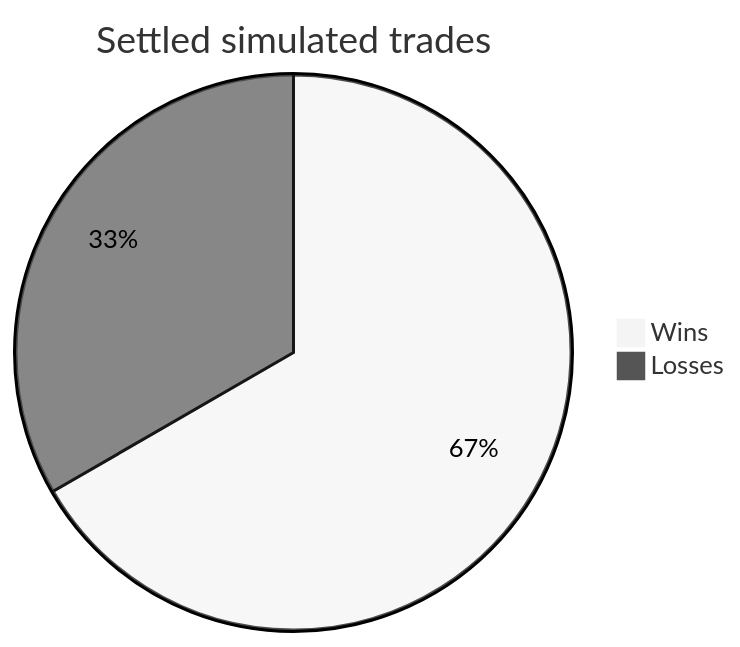
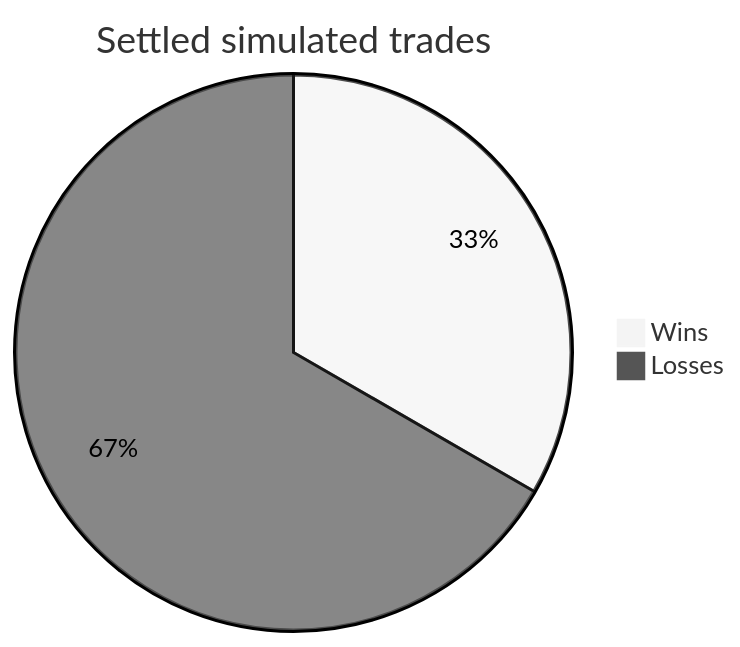
One commit to cheeseonamonkey/PaperLab changed the diagram in docs/bots/brti_distance.md. Above: the diagram before and after it, drawn with Mermaid (neutral theme). The commit also changed other lines of this file and 26 other files, not shown here.

````diff
--- a/docs/bots/brti_distance.md
+++ b/docs/bots/brti_distance.md
@@ -22,5 +22,5 @@
 ```mermaid
 pie title Settled simulated trades
-    "Wins" : 2
-    "Losses" : 1
+    "Wins" : 3
+    "Losses" : 6
 ```
````
